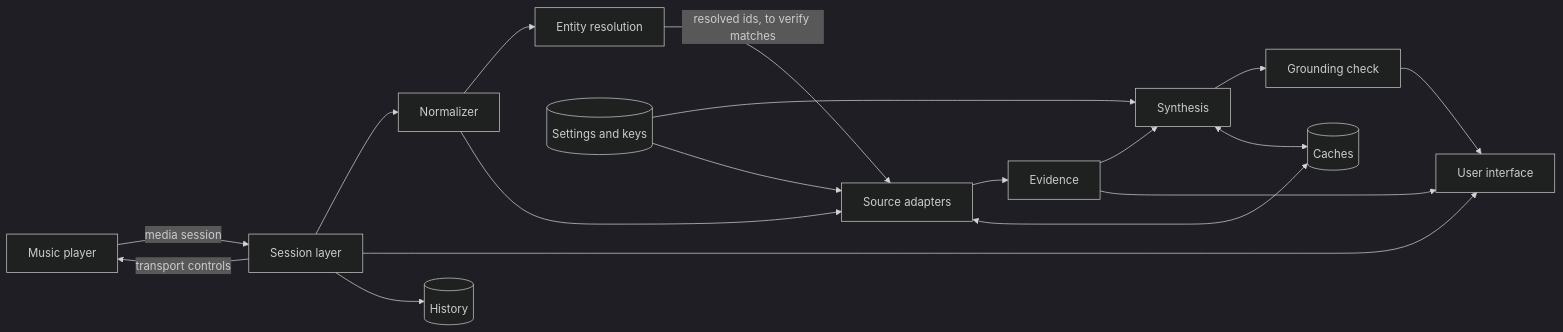
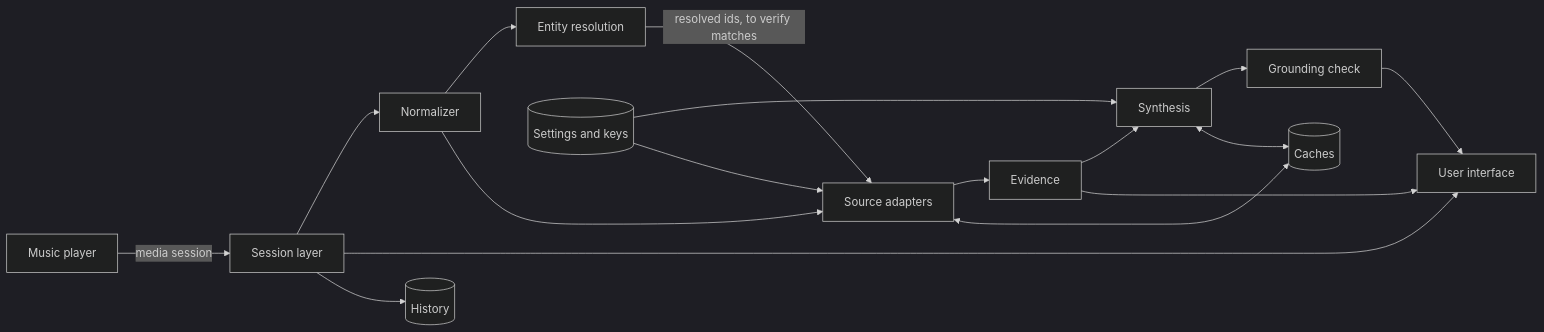
Before and after one commit to wkusnierczyk/sleevesight: the first of 3 diagrams in docs/architecture/index.md, drawn with Mermaid (dark theme). The commit also changed other lines of this file, not shown here.

First line of the commit message:
[DOCS] Architecture: no player controls; the check once the reply is complete; the telemetry clause in full (#411)

````diff
--- a/docs/architecture/index.md
+++ b/docs/architecture/index.md
@@ -22,20 +22,19 @@
 ```mermaid
 flowchart LR
   Player["Music player"] -- "media session" --> Session["Session layer"]
-  Session -- "transport controls" --> Player
   Session --> Norm["Normalizer"]
   Norm --> Res["Entity resolution"]
   Norm --> Adapters["Source adapters"]
   Res -- "resolved ids, to verify matches" --> Adapters
   Adapters --> Ev["Evidence"]
   Ev --> Synth["Synthesis"]
   Synth --> Ground["Grounding check"]
   Ground --> UI["User interface"]
   Ev --> UI
   Session --> UI
   Session --> History[("History")]
   Adapters <--> Caches[("Caches")]
   Synth <--> Caches
   Keys[("Settings and keys")] --> Synth
   Keys --> Adapters
 ```
````
